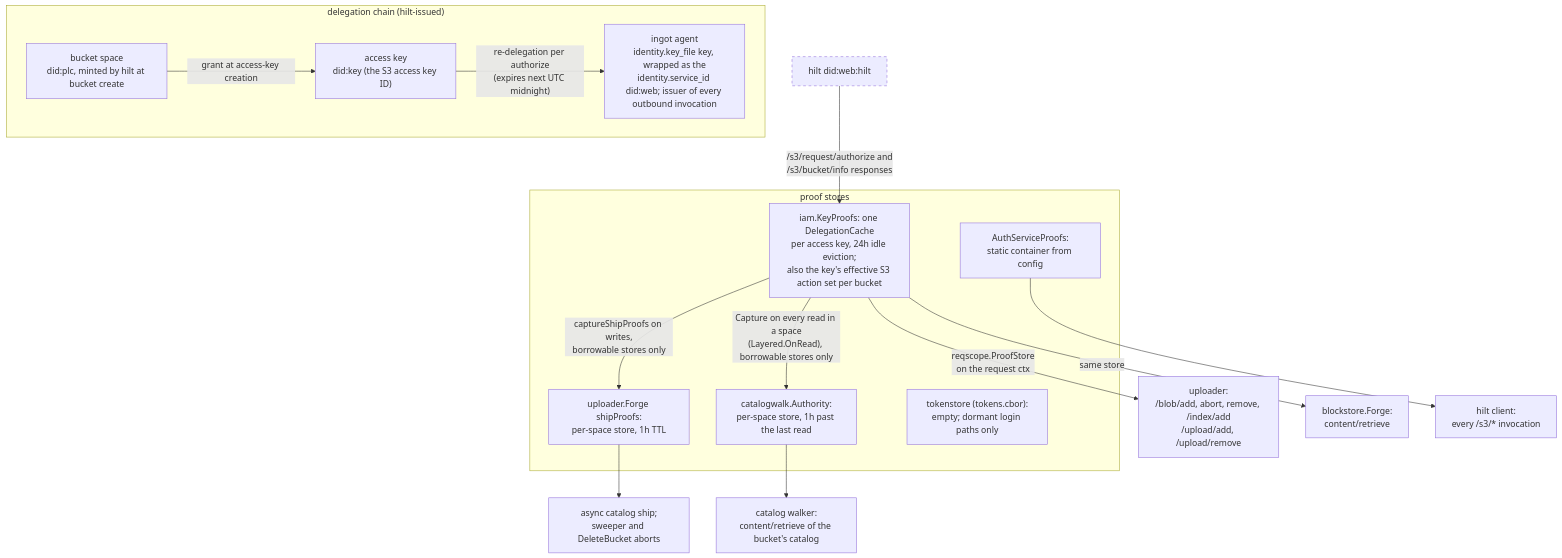
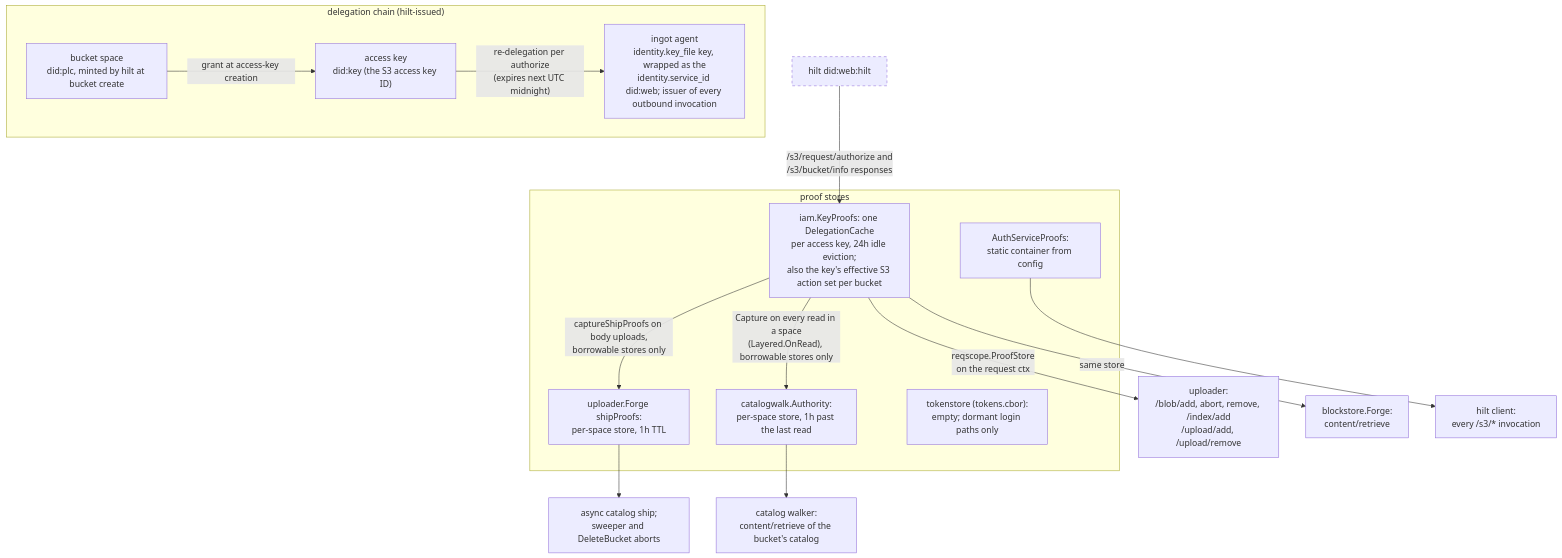
Diagram 11 of 14 in docs/diagrams.md (fil-forge/ingot), drawn with Mermaid before and after one commit. The commit also changed other lines of this file and 5 other files, not shown here.

````diff
--- a/docs/diagrams.md
+++ b/docs/diagrams.md
@@ -803,31 +804,31 @@
 ```mermaid
 flowchart TB
     subgraph chain["delegation chain (hilt-issued)"]
         space["bucket space<br/>did:plc, minted by hilt at bucket create"]
         ak["access key<br/>did:key (the S3 access key ID)"]
         agent["ingot agent<br/>identity.key_file key, wrapped as the<br/>identity.service_id did:web; issuer of every outbound invocation"]
         space -->|"grant at access-key creation"| ak
         ak -->|"re-delegation per authorize<br/>(expires next UTC midnight)"| agent
     end
 
     hilt["hilt did:web:hilt"] -->|"/s3/request/authorize and<br/>/s3/bucket/info responses"| kp
 
     subgraph stores["proof stores"]
         kp["iam.KeyProofs: one DelegationCache<br/>per access key, 24h idle eviction;<br/>also the key's effective S3 action set per bucket"]
         ship["uploader.Forge shipProofs:<br/>per-space store, 1h TTL"]
         walk["catalogwalk.Authority:<br/>per-space store, 1h past the last read"]
         static["AuthServiceProofs:<br/>static container from config"]
         tok["tokenstore (tokens.cbor):<br/>empty; dormant login paths only"]
     end
 
     kp -->|"reqscope.ProofStore<br/>on the request ctx"| writes["uploader:<br/>/blob/add, abort, remove, /index/add<br/>/upload/add, /upload/remove"]
     kp -->|"same store"| reads["blockstore.Forge:<br/>content/retrieve"]
-    kp -->|"captureShipProofs on writes,<br/>borrowable stores only"| ship
+    kp -->|"captureShipProofs on body uploads,<br/>borrowable stores only"| ship
     ship --> async["async catalog ship;<br/>sweeper and DeleteBucket aborts"]
     kp -->|"Capture on every read in a space<br/>(Layered.OnRead), borrowable stores only"| walk
     walk --> walker["catalog walker:<br/>content/retrieve of the bucket's catalog"]
     static --> hc["hilt client:<br/>every /s3/* invocation"]
 
     classDef external stroke-dasharray: 5 5
     class hilt external
 ```
````
